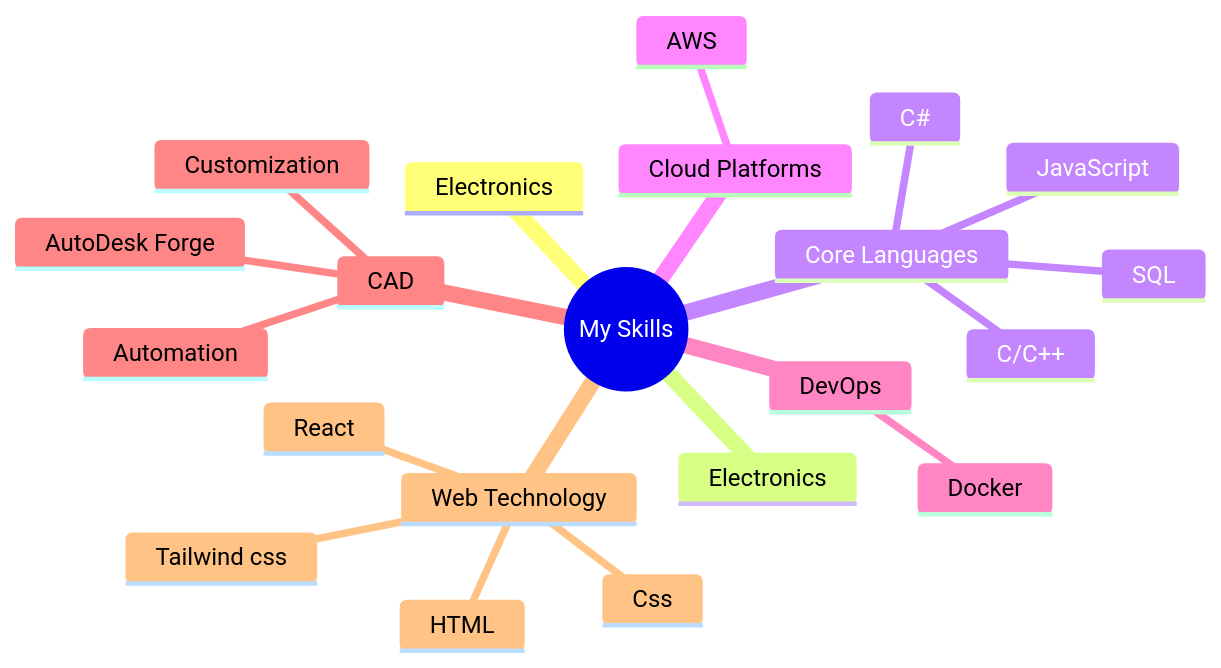
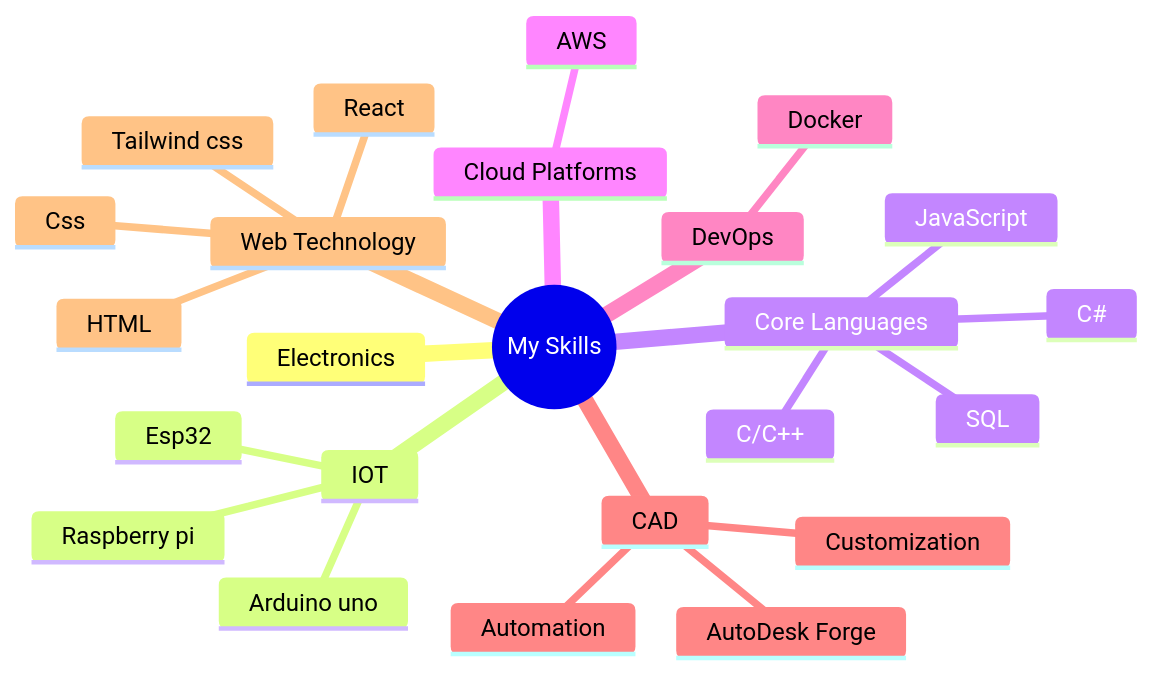
The diagram in README.md (Ankan5960/Ankan5960), drawn with Mermaid before and after one commit.

````diff
--- a/README.md
+++ b/README.md
@@ -30,24 +30,27 @@
 ```mermaid
 mindmap
   root((My Skills))
     Electronics
-    Electronics
+    IOT
+      Esp32
+      Arduino uno
+      Raspberry pi
     Core Languages
       C/C++
       JavaScript
       C#
       SQL
     Cloud Platforms
       AWS
     DevOps
       Docker
     CAD
       Customization
       Automation
       AutoDesk Forge
     Web Technology
       React
       HTML
       Css
       Tailwind css
 ```
````
